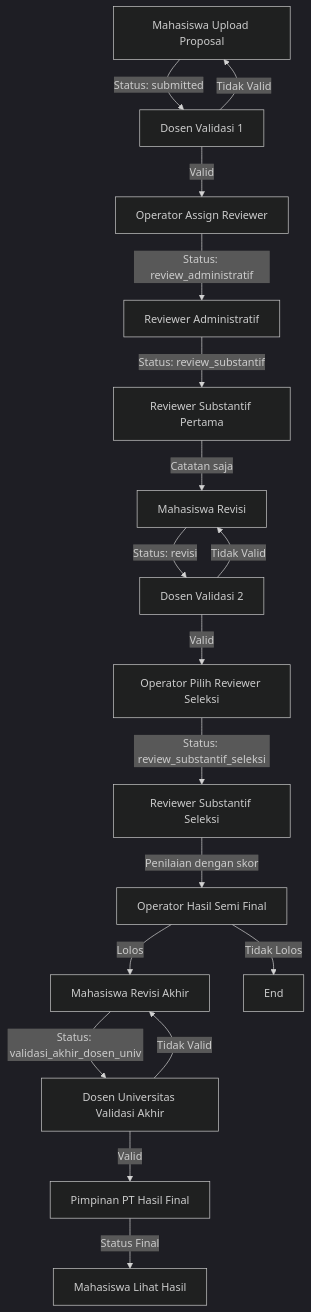
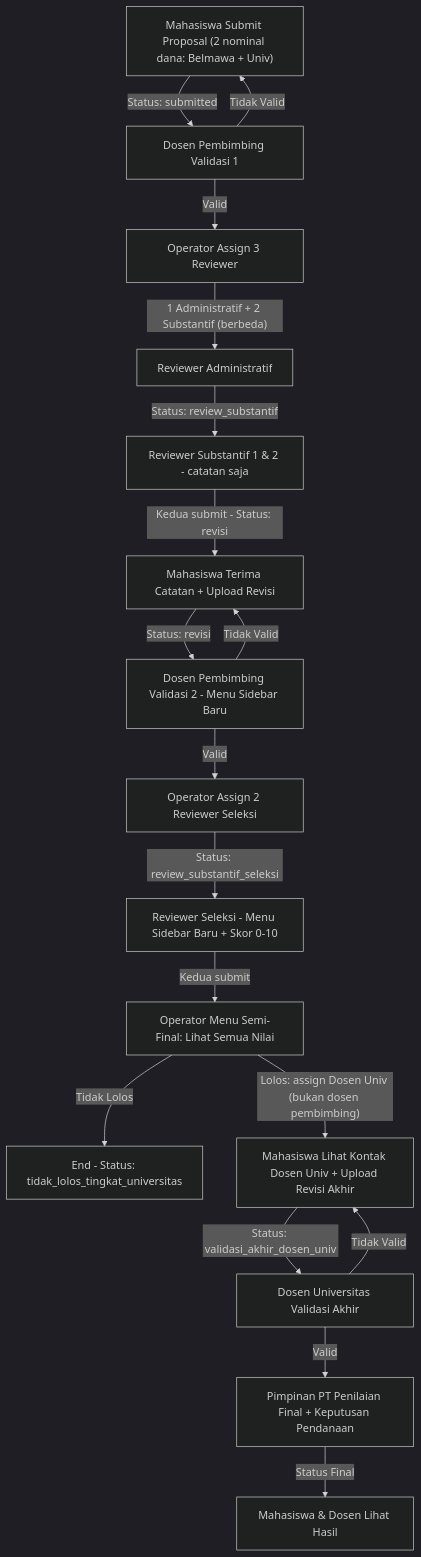
The first of 2 diagrams in README.md (pramacoder/PengajuanProposal), drawn with Mermaid (dark theme) before and after one commit. The commit also changed other lines of this file and 21 other files, not shown here.

Commit message:
Implementasi Validasi 2 Dosen, Batas 10 Mhs/Dosen, Evaluasi Dual Dana, Assign Reviewer UI

````diff
--- a/README.md
+++ b/README.md
@@ -127,20 +127,20 @@
 ```mermaid
 graph TD
-    A[Mahasiswa Upload Proposal] -->|Status: submitted| B[Dosen Validasi 1]
-    B -->|Valid| C[Operator Assign Reviewer]
+    A["Mahasiswa Submit Proposal (2 nominal dana: Belmawa + Univ)"] -->|Status: submitted| B[Dosen Pembimbing Validasi 1]
+    B -->|Valid| C[Operator Assign 3 Reviewer]
     B -->|Tidak Valid| A
-    C -->|Status: review_administratif| D[Reviewer Administratif]
-    D -->|Status: review_substantif| E[Reviewer Substantif Pertama]
-    E -->|Catatan saja| F[Mahasiswa Revisi]
-    F -->|Status: revisi| G[Dosen Validasi 2]
-    G -->|Valid| H[Operator Pilih Reviewer Seleksi]
+    C -->|"1 Administratif + 2 Substantif (berbeda)"| D[Reviewer Administratif]
+    D -->|Status: review_substantif| E["Reviewer Substantif 1 & 2 - catatan saja"]
+    E -->|Kedua submit - Status: revisi| F[Mahasiswa Terima Catatan + Upload Revisi]
+    F -->|Status: revisi| G[Dosen Pembimbing Validasi 2 - Menu Sidebar Baru]
+    G -->|Valid| H[Operator Assign 2 Reviewer Seleksi]
     G -->|Tidak Valid| F
-    H -->|Status: review_substantif_seleksi| I[Reviewer Substantif Seleksi]
-    I -->|Penilaian dengan skor| J[Operator Hasil Semi Final]
-    J -->|Lolos| K[Mahasiswa Revisi Akhir]
-    J -->|Tidak Lolos| END1[End]
+    H -->|Status: review_substantif_seleksi| I["Reviewer Seleksi - Menu Sidebar Baru + Skor 0-10"]
+    I -->|Kedua submit| J[Operator Menu Semi-Final: Lihat Semua Nilai]
+    J -->|Tidak Lolos| END1[End - Status: tidak_lolos_tingkat_universitas]
+    J -->|"Lolos: assign Dosen Univ (bukan dosen pembimbing)"| K[Mahasiswa Lihat Kontak Dosen Univ + Upload Revisi Akhir]
     K -->|Status: validasi_akhir_dosen_univ| L[Dosen Universitas Validasi Akhir]
-    L -->|Valid| M[Pimpinan PT Hasil Final]
     L -->|Tidak Valid| K
-    M -->|Status Final| N[Mahasiswa Lihat Hasil]
+    L -->|Valid| M[Pimpinan PT Penilaian Final + Keputusan Pendanaan]
+    M -->|Status Final| N[Mahasiswa & Dosen Lihat Hasil]
 ```
````
